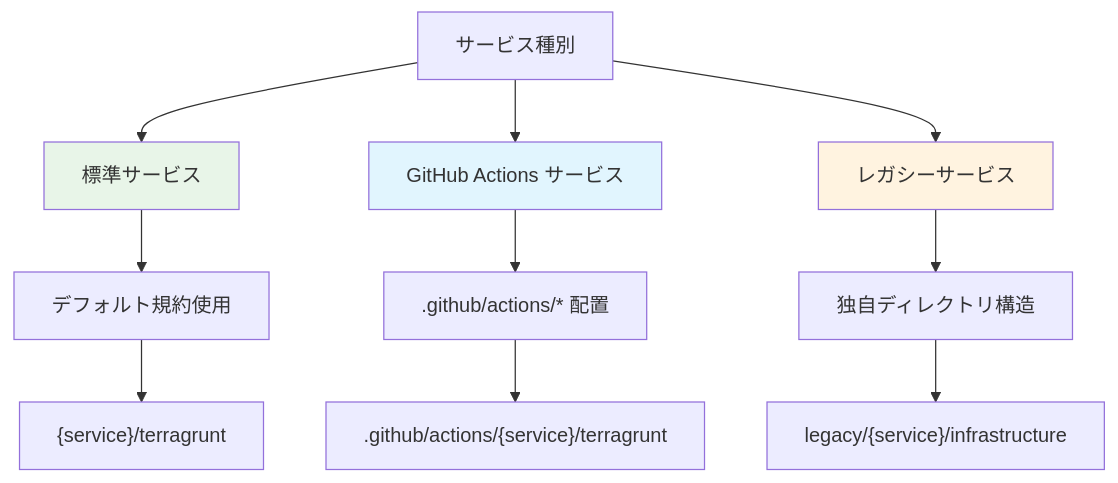
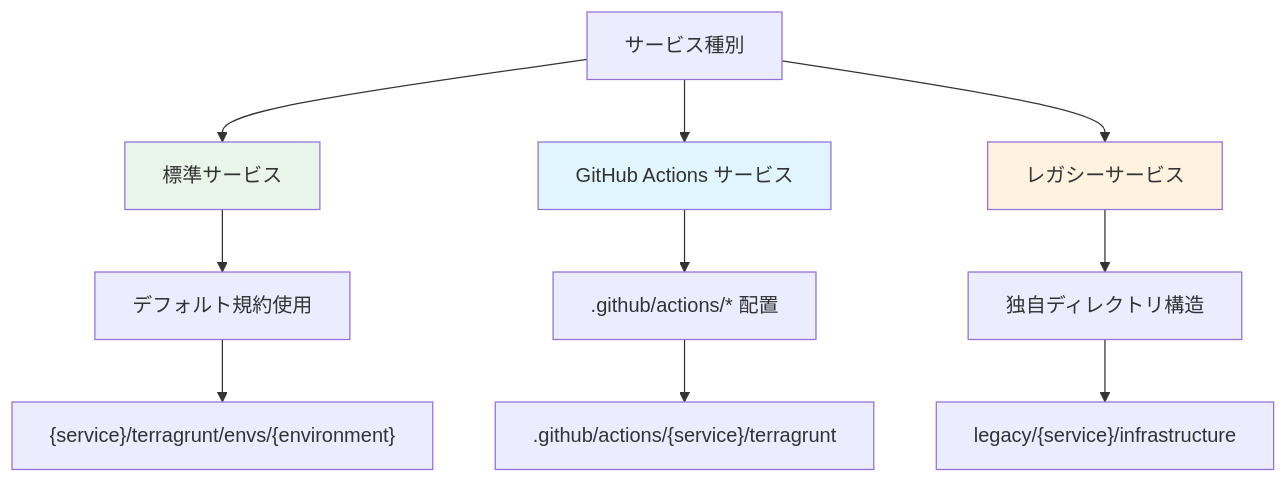
One commit to panicboat/monorepo changed the second of 5 diagrams in .github/scripts/shared/README.md. Above: the diagram before and after it, drawn with Mermaid. The commit also changed other lines of this file and 19 other files, not shown here.

````diff
--- a/.github/scripts/shared/README.md
+++ b/.github/scripts/shared/README.md
@@ -106,18 +106,18 @@
 ```mermaid
 graph TD
     A[サービス種別] --> B[標準サービス]
     A --> C[GitHub Actions サービス]
     A --> D[レガシーサービス]
 
     B --> E[デフォルト規約使用]
     C --> F[.github/actions/* 配置]
     D --> G[独自ディレクトリ構造]
 
-    E --> H["{service}/terragrunt"]
+    E --> H["{service}/terragrunt/envs/{environment}"]
     F --> I[".github/actions/{service}/terragrunt"]
     G --> J["legacy/{service}/infrastructure"]
 
     style B fill:#e8f5e8
     style C fill:#e1f5fe
     style D fill:#fff3e0
 ```
````
